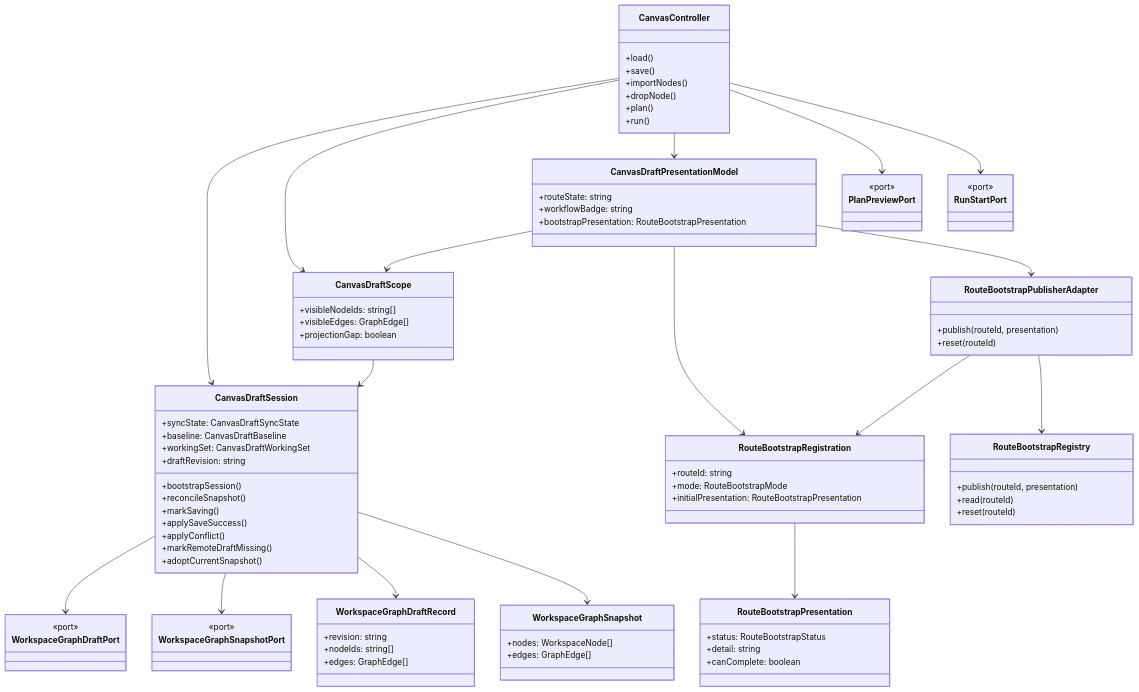
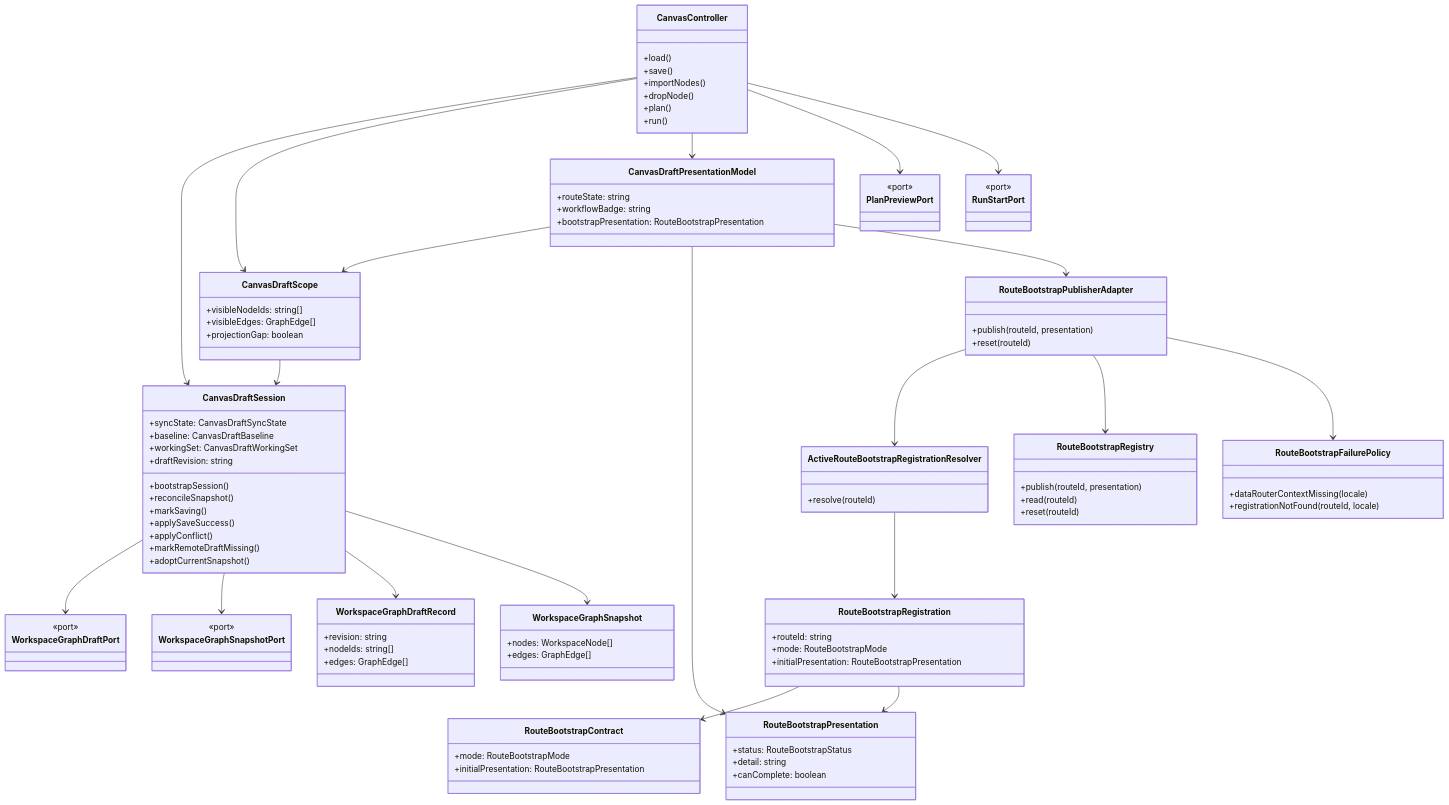
The fourth of 9 diagrams in docs/planning/proposals/mandatory/frontend-and-ux/tf-e2-canvas-target-architecture-execution-plan-20260417.md (dunay2/dvt), drawn with Mermaid before and after one commit. The commit also changed other lines of this file and 14 other files, not shown here.

Commit message:
refactor(web): Harden route bootstrap detection and align graph docs

````diff
--- a/docs/planning/proposals/mandatory/frontend-and-ux/tf-e2-canvas-target-architecture-execution-plan-20260417.md
+++ b/docs/planning/proposals/mandatory/frontend-and-ux/tf-e2-canvas-target-architecture-execution-plan-20260417.md
@@ -389,6 +426,11 @@
 classDiagram
   class RouteBootstrapRegistration {
     +routeId: string
+    +mode: RouteBootstrapMode
+    +initialPresentation: RouteBootstrapPresentation
+  }
+
+  class RouteBootstrapContract {
     +mode: RouteBootstrapMode
     +initialPresentation: RouteBootstrapPresentation
   }
@@ -408,6 +450,15 @@
   class RouteBootstrapPublisherAdapter {
     +publish(routeId, presentation)
     +reset(routeId)
+  }
+
+  class ActiveRouteBootstrapRegistrationResolver {
+    +resolve(routeId)
+  }
+
+  class RouteBootstrapFailurePolicy {
+    +dataRouterContextMissing(locale)
+    +registrationNotFound(routeId, locale)
   }
 
   class CanvasDraftSession {
@@ -483,9 +534,12 @@
   CanvasDraftSession --> WorkspaceGraphSnapshot
   CanvasDraftScope --> CanvasDraftSession
   CanvasDraftPresentationModel --> CanvasDraftScope
-  CanvasDraftPresentationModel --> RouteBootstrapRegistration
+  CanvasDraftPresentationModel --> RouteBootstrapPresentation
   CanvasDraftPresentationModel --> RouteBootstrapPublisherAdapter
-  RouteBootstrapPublisherAdapter --> RouteBootstrapRegistration
+  RouteBootstrapRegistration --> RouteBootstrapContract
+  RouteBootstrapPublisherAdapter --> ActiveRouteBootstrapRegistrationResolver
+  ActiveRouteBootstrapRegistrationResolver --> RouteBootstrapRegistration
   RouteBootstrapPublisherAdapter --> RouteBootstrapRegistry
+  RouteBootstrapPublisherAdapter --> RouteBootstrapFailurePolicy
   RouteBootstrapRegistration --> RouteBootstrapPresentation
 ```
````
